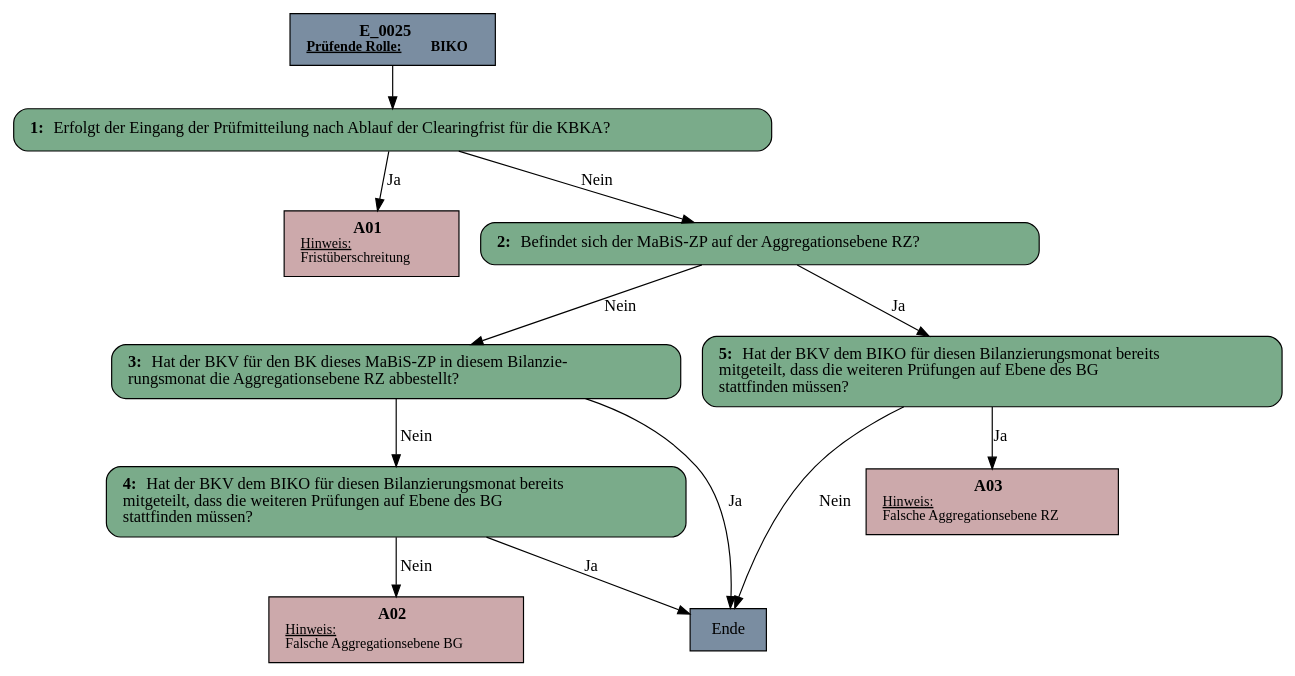
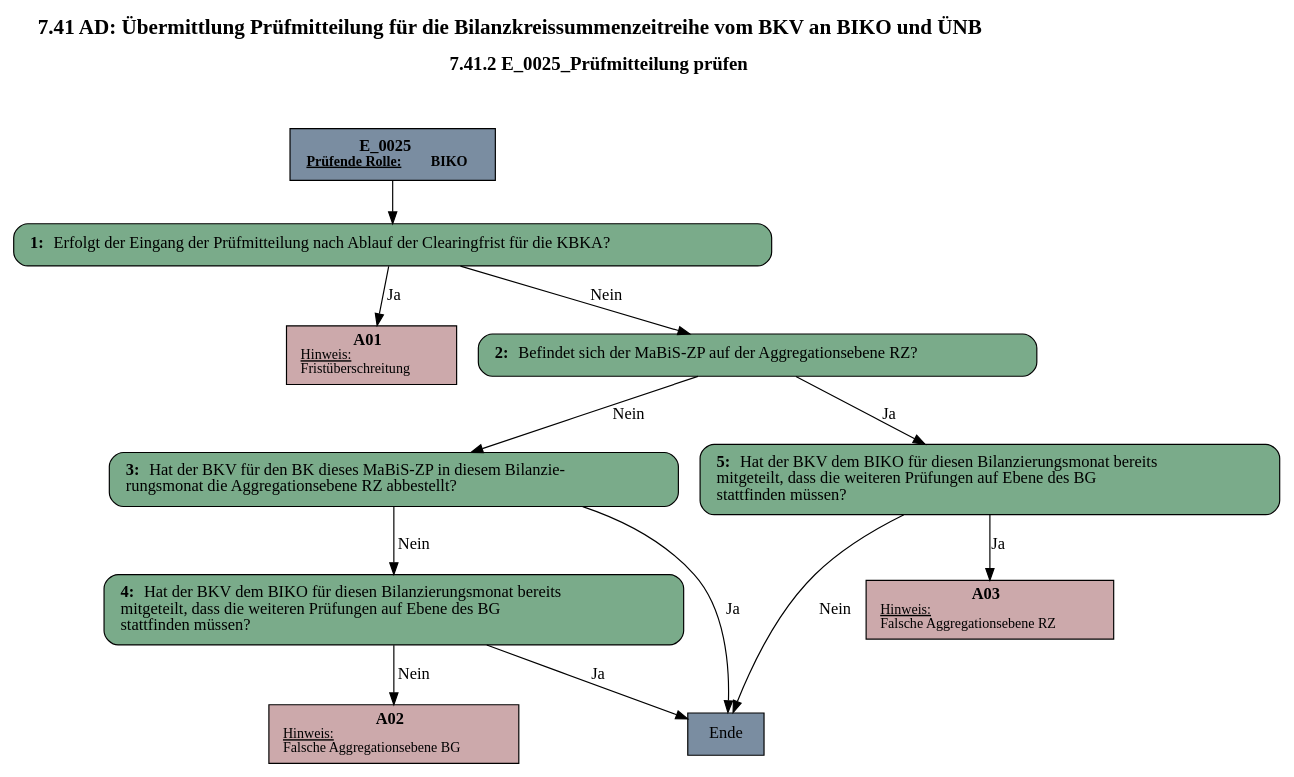
The diagram in unittests/output/E_0025.dot (Hochfrequenz/rebdhuhn), drawn with Graphviz before and after one commit. The commit also changed 10 other files, not shown here.

Commit message:
Graphviz dot output

```diff
--- a/unittests/output/E_0025.dot
+++ b/unittests/output/E_0025.dot
@@ -1,24 +1,26 @@
 digraph D {
+    labelloc="t";
+    label=<<B><FONT POINT-SIZE="18">7.41 AD: Übermittlung Prüfmitteilung für die Bilanzkreissummenzeitreihe vom BKV an BIKO und ÜNB</FONT></B><BR/><BR/><B><FONT POINT-SIZE="16">7.41.2 E_0025_Prüfmitteilung prüfen</FONT></B><BR/><BR/><BR/><BR/>>;
     "Start" [margin="0.2,0.12", shape=box, style=filled, fillcolor="#7a8da1", label=<<B>E_0025</B><BR align="center"/><FONT point-size="12"><B><U>Prüfende Rolle:</U> BIKO</B></FONT><BR align="center"/>>];
-    "1" [margin="0.2,0.12", pad="2,0", shape=box, style="filled,rounded", fillcolor="#7aab8a", label=<<B>1: </B>Erfolgt der Eingang der Prüfmitteilung nach Ablauf der Clearingfrist für die KBKA?<BR align="left"/>>];
-    "A01" [margin="0.2,0.12", shape=box, style=filled, fillcolor="#cca9ab", label=<<B>A01</B><BR align="center"/><FONT point-size="12"><U>Hinweis:</U><BR align="left"/>Fristüberschreitung<BR align="left"/></FONT>>];
-    "2" [margin="0.2,0.12", pad="2,0", shape=box, style="filled,rounded", fillcolor="#7aab8a", label=<<B>2: </B>Befindet sich der MaBiS-ZP auf der Aggregationsebene RZ?<BR align="left"/>>];
-    "3" [margin="0.2,0.12", pad="2,0", shape=box, style="filled,rounded", fillcolor="#7aab8a", label=<<B>3: </B>Hat der BKV für den BK dieses MaBiS-ZP in diesem Bilanzie-<BR align="left"/>rungsmonat die Aggregationsebene RZ abbestellt?<BR align="left"/>>];
+    "1" [margin="0.2,0.12", shape=box, style="filled,rounded", fillcolor="#7aab8a", label=<<B>1: </B>Erfolgt der Eingang der Prüfmitteilung nach Ablauf der Clearingfrist für die KBKA?<BR align="left"/>>];
+    "A01" [margin="0.17,0.08", shape=box, style=filled, fillcolor="#cca9ab", label=<<B>A01</B><BR align="center"/><FONT point-size="12"><U>Hinweis:</U><BR align="left"/>Fristüberschreitung<BR align="left"/></FONT>>];
+    "2" [margin="0.2,0.12", shape=box, style="filled,rounded", fillcolor="#7aab8a", label=<<B>2: </B>Befindet sich der MaBiS-ZP auf der Aggregationsebene RZ?<BR align="left"/>>];
+    "3" [margin="0.2,0.12", shape=box, style="filled,rounded", fillcolor="#7aab8a", label=<<B>3: </B>Hat der BKV für den BK dieses MaBiS-ZP in diesem Bilanzie-<BR align="left"/>rungsmonat die Aggregationsebene RZ abbestellt?<BR align="left"/>>];
     "Ende" [margin="0.2,0.12", shape=box, style=filled, fillcolor="#7a8da1", label="Ende"];
-    "4" [margin="0.2,0.12", pad="2,0", shape=box, style="filled,rounded", fillcolor="#7aab8a", label=<<B>4: </B>Hat der BKV dem BIKO für diesen Bilanzierungsmonat bereits<BR align="left"/>mitgeteilt, dass die weiteren Prüfungen auf Ebene des BG<BR align="left"/>stattfinden müssen?<BR align="left"/>>];
-    "A02" [margin="0.2,0.12", shape=box, style=filled, fillcolor="#cca9ab", label=<<B>A02</B><BR align="center"/><FONT point-size="12"><U>Hinweis:</U><BR align="left"/>Falsche Aggregationsebene BG<BR align="left"/></FONT>>];
-    "5" [margin="0.2,0.12", pad="2,0", shape=box, style="filled,rounded", fillcolor="#7aab8a", label=<<B>5: </B>Hat der BKV dem BIKO für diesen Bilanzierungsmonat bereits<BR align="left"/>mitgeteilt, dass die weiteren Prüfungen auf Ebene des BG<BR align="left"/>stattfinden müssen?<BR align="left"/>>];
-    "A03" [margin="0.2,0.12", shape=box, style=filled, fillcolor="#cca9ab", label=<<B>A03</B><BR align="center"/><FONT point-size="12"><U>Hinweis:</U><BR align="left"/>Falsche Aggregationsebene RZ<BR align="left"/></FONT>>];
+    "4" [margin="0.2,0.12", shape=box, style="filled,rounded", fillcolor="#7aab8a", label=<<B>4: </B>Hat der BKV dem BIKO für diesen Bilanzierungsmonat bereits<BR align="left"/>mitgeteilt, dass die weiteren Prüfungen auf Ebene des BG<BR align="left"/>stattfinden müssen?<BR align="left"/>>];
+    "A02" [margin="0.17,0.08", shape=box, style=filled, fillcolor="#cca9ab", label=<<B>A02</B><BR align="center"/><FONT point-size="12"><U>Hinweis:</U><BR align="left"/>Falsche Aggregationsebene BG<BR align="left"/></FONT>>];
+    "5" [margin="0.2,0.12", shape=box, style="filled,rounded", fillcolor="#7aab8a", label=<<B>5: </B>Hat der BKV dem BIKO für diesen Bilanzierungsmonat bereits<BR align="left"/>mitgeteilt, dass die weiteren Prüfungen auf Ebene des BG<BR align="left"/>stattfinden müssen?<BR align="left"/>>];
+    "A03" [margin="0.17,0.08", shape=box, style=filled, fillcolor="#cca9ab", label=<<B>A03</B><BR align="center"/><FONT point-size="12"><U>Hinweis:</U><BR align="left"/>Falsche Aggregationsebene RZ<BR align="left"/></FONT>>];
 
     "Start" -> "1";
     "1" -> "A01" [label="Ja"];
     "1" -> "2" [label="Nein"];
     "2" -> "3" [label="Nein"];
     "2" -> "5" [label="Ja"];
     "3" -> "4" [label="Nein"];
     "3" -> "Ende" [label="Ja"];
     "4" -> "A02" [label="Nein"];
     "4" -> "Ende" [label="Ja"];
     "5" -> "A03" [label="Ja"];
     "5" -> "Ende" [label="Nein"];
 }
```
